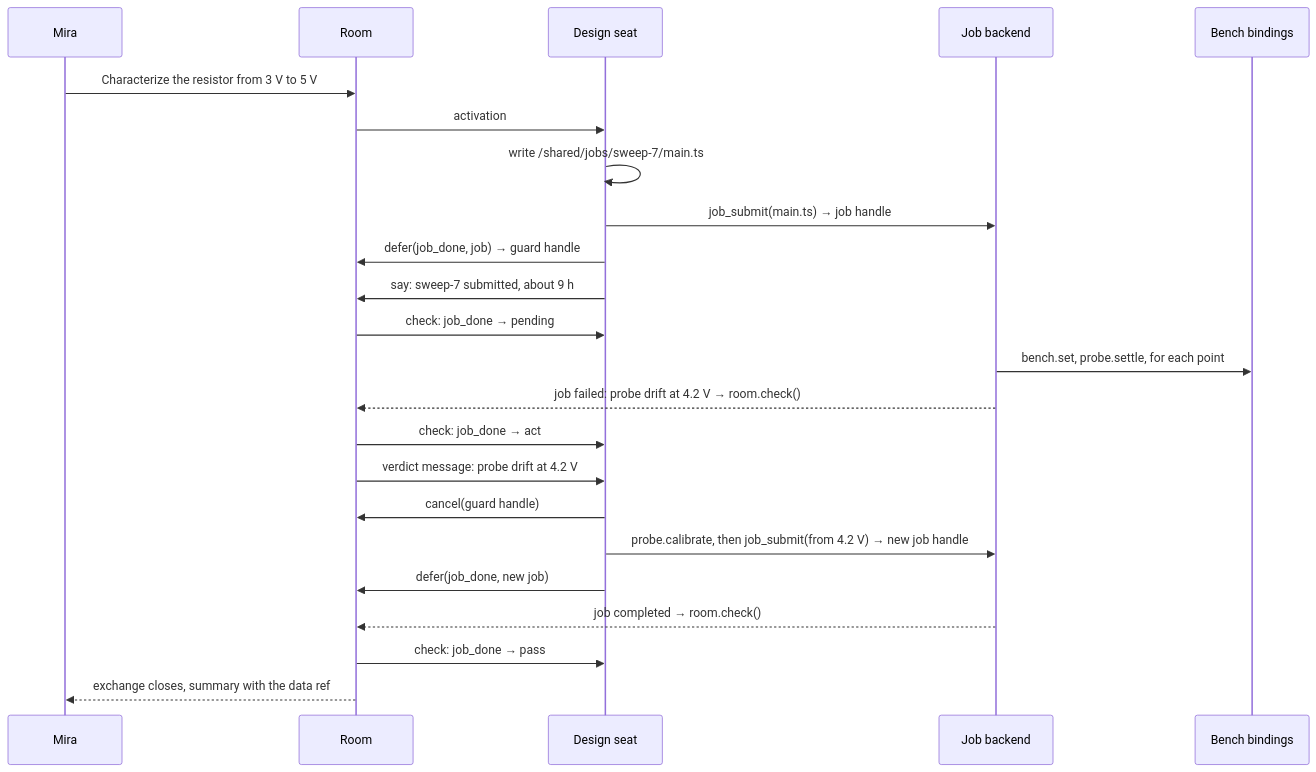
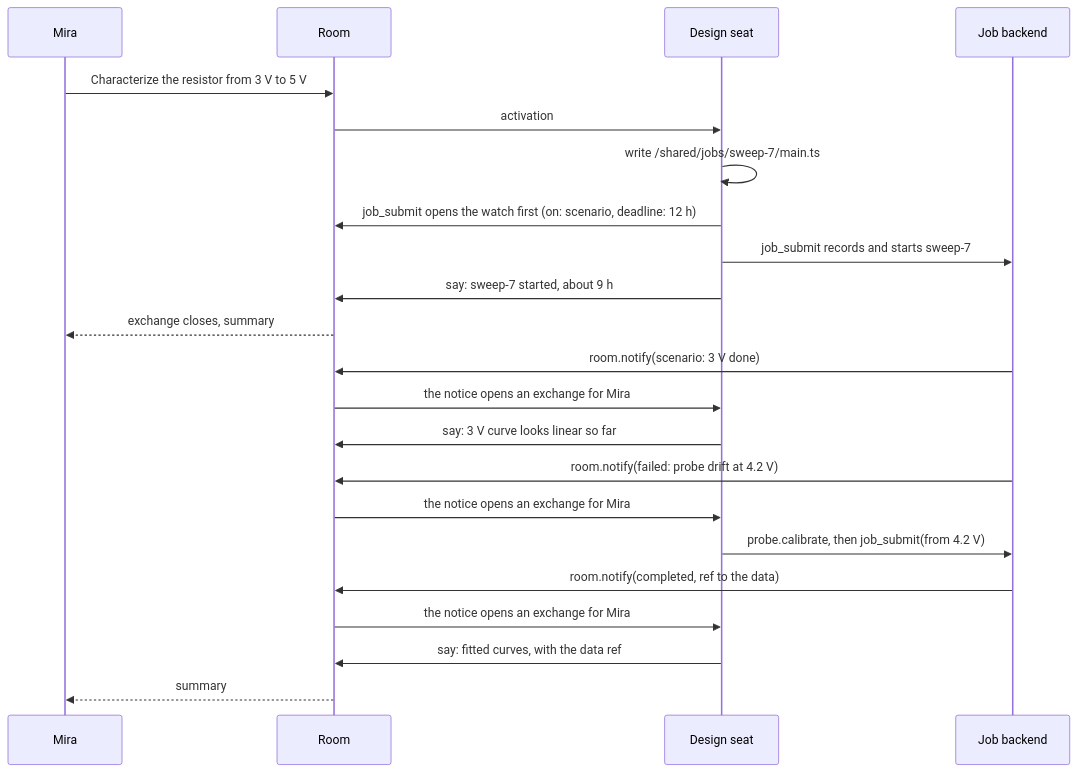
Before and after one commit to ambionframework/ambion: the fourth of 4 diagrams in docs/job.md, drawn with Mermaid. The commit also changed other lines of this file and 2 other files, not shown here.

First line of the commit message:
Rewrite docs/job.md: jobs, monitoring, and watches for attention

````diff
--- a/docs/job.md
+++ b/docs/job.md
@@ -660,25 +416,24 @@
 ```mermaid
 sequenceDiagram
     participant M as Mira
     participant R as Room
     participant A as Design seat
     participant J as Job backend
-    participant B as Bench bindings
     M->>R: Characterize the resistor from 3 V to 5 V
     R->>A: activation
     A->>A: write /shared/jobs/sweep-7/main.ts
-    A->>J: job_submit(main.ts) → job handle
-    A->>R: defer(job_done, job) → guard handle
-    A->>R: say: sweep-7 submitted, about 9 h
-    R->>A: check: job_done → pending
-    J->>B: bench.set, probe.settle, for each point
-    J-->>R: job failed: probe drift at 4.2 V → room.check()
-    R->>A: check: job_done → act
-    R->>A: verdict message: probe drift at 4.2 V
-    A->>R: cancel(guard handle)
-    A->>J: probe.calibrate, then job_submit(from 4.2 V) → new job handle
-    A->>R: defer(job_done, new job)
-    J-->>R: job completed → room.check()
-    R->>A: check: job_done → pass
-    R-->>M: exchange closes, summary with the data ref
+    A->>R: job_submit opens the watch first (on: scenario, deadline: 12 h)
+    A->>J: job_submit records and starts sweep-7
+    A->>R: say: sweep-7 started, about 9 h
+    R-->>M: exchange closes, summary
+    J->>R: room.notify(scenario: 3 V done)
+    R->>A: the notice opens an exchange for Mira
+    A->>R: say: 3 V curve looks linear so far
+    J->>R: room.notify(failed: probe drift at 4.2 V)
+    R->>A: the notice opens an exchange for Mira
+    A->>J: probe.calibrate, then job_submit(from 4.2 V)
+    J->>R: room.notify(completed, ref to the data)
+    R->>A: the notice opens an exchange for Mira
+    A->>R: say: fitted curves, with the data ref
+    R-->>M: summary
 ```
````
